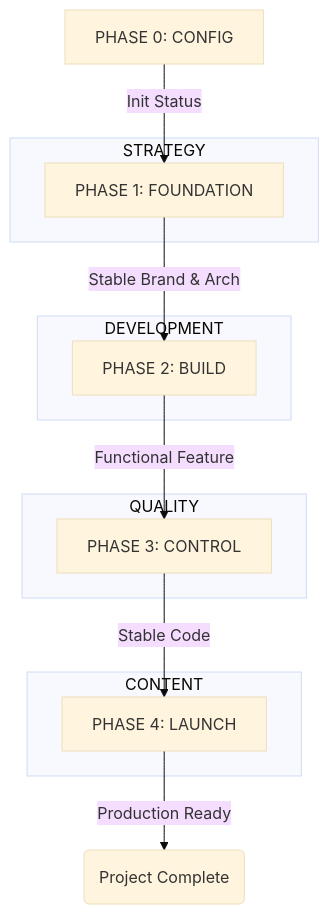
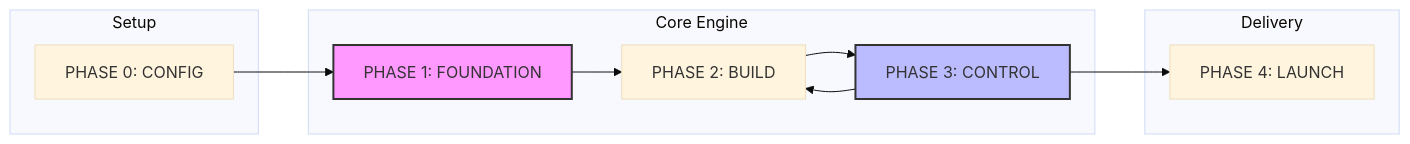
The diagram in WORKFLOW-GUIDE.md (VaniaRensi/kit), drawn with Mermaid (base theme) before and after one commit. The commit also changed other lines of this file and 6 other files, not shown here.

First line of the commit message:
feat(v2): implement 3-Mode Engine (BUILD/AUDIT/DOCUMENT) and core-audit skill

````diff
--- a/WORKFLOW-GUIDE.md
+++ b/WORKFLOW-GUIDE.md
@@ -7,24 +15,22 @@
 ```mermaid
-graph TD
-    F0[PHASE 0: CONFIG] -->|Init Status| F1[PHASE 1: FOUNDATION]
-    F1 -->|Stable Brand & Arch| F2[PHASE 2: BUILD]
-    F2 -->|Functional Feature| F3[PHASE 3: CONTROL]
-    F3 -->|Stable Code| F4[PHASE 4: LAUNCH]
-    F4 -->|Production Ready| END(Project Complete)
-
-    subgraph "STRATEGY"
-    F1
+graph LR
+    subgraph "Setup"
+    F0[PHASE 0: CONFIG]
     end
 
-    subgraph "DEVELOPMENT"
-    F2
+    subgraph "Core Engine"
+    F1[PHASE 1: FOUNDATION] --> F2[PHASE 2: BUILD]
+    F2 --> F3[PHASE 3: CONTROL]
+    F3 --> F2
     end
 
-    subgraph "QUALITY"
-    F3
+    subgraph "Delivery"
+    F4[PHASE 4: LAUNCH]
     end
 
-    subgraph "CONTENT"
-    F4
-    end
+    F0 --> F1
+    F3 --> F4
+
+    style F1 fill:#f9f,stroke:#333,stroke-width:2px
+    style F3 fill:#bbf,stroke:#333,stroke-width:2px
 ```
````
